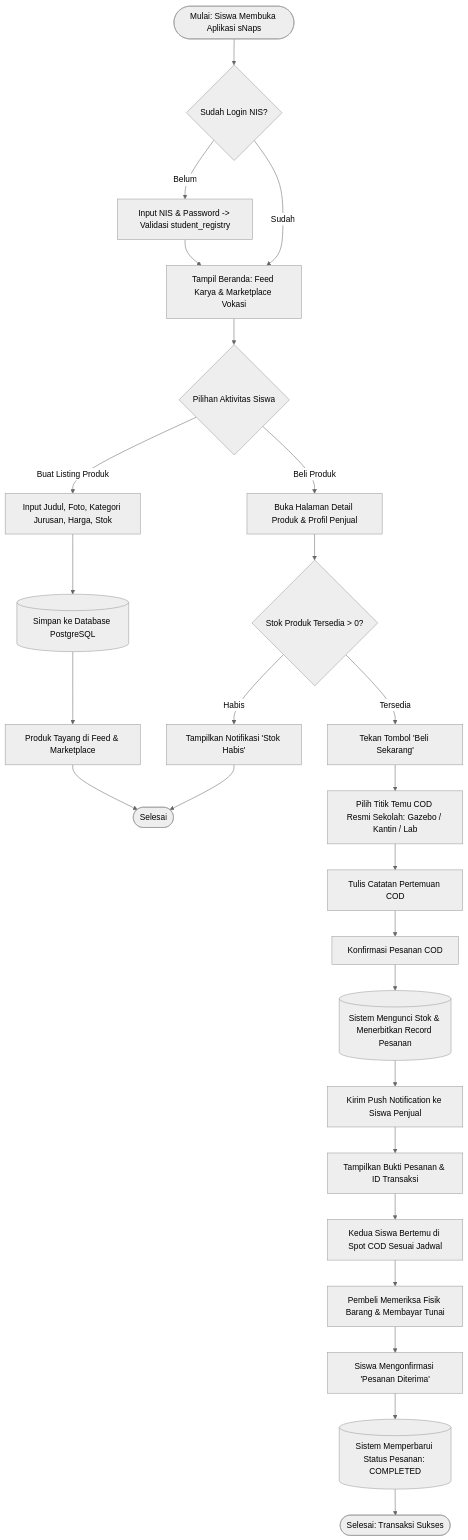
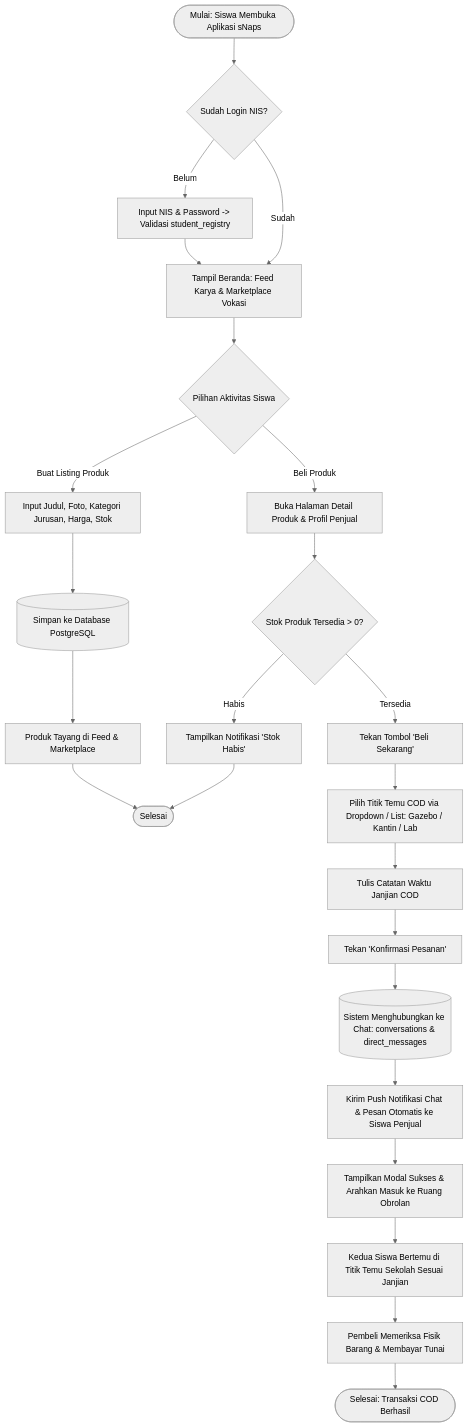
The second of 11 diagrams in docs/bab3/BAB_III_PERANCANGAN_ARSITEKTUR_SISTEM.md (HelloRayy/snaps), drawn with Mermaid (neutral theme) before and after one commit. The commit also changed other lines of this file and 4 other files, not shown here.

Commit message:
docs(bab3): align flowchart and DFD with direct message COD coordination and dropdown spots

````diff
--- a/docs/bab3/BAB_III_PERANCANGAN_ARSITEKTUR_SISTEM.md
+++ b/docs/bab3/BAB_III_PERANCANGAN_ARSITEKTUR_SISTEM.md
@@ -47,34 +47,32 @@
 ```mermaid
 flowchart TD
     Start([Mulai: Siswa Membuka Aplikasi sNaps]) --> AuthCheck{Sudah Login NIS?}
     AuthCheck -- Belum --> LoginNIS[Input NIS & Password -> Validasi student_registry]
     LoginNIS --> FeedScreen[Tampil Beranda: Feed Karya & Marketplace Vokasi]
     AuthCheck -- Sudah --> FeedScreen
     
     FeedScreen --> ActionChoice{Pilihan Aktivitas Siswa}
     
     %% Alur Penjual
     ActionChoice -- Buat Listing Produk --> FormProduct[Input Judul, Foto, Kategori Jurusan, Harga, Stok]
     FormProduct --> SaveDB[(Simpan ke Database PostgreSQL)]
     SaveDB --> PostPublished[Produk Tayang di Feed & Marketplace] --> EndWait([Selesai])
     
     %% Alur Pembeli
     ActionChoice -- Beli Produk --> ViewDetail[Buka Halaman Detail Produk & Profil Penjual]
     ViewDetail --> CheckStock{Stok Produk Tersedia > 0?}
     CheckStock -- Habis --> AlertEmpty[Tampilkan Notifikasi 'Stok Habis'] --> EndWait
     CheckStock -- Tersedia --> TapCheckout[Tekan Tombol 'Beli Sekarang']
     
-    TapCheckout --> SelectMeetingPoint[Pilih Titik Temu COD Resmi Sekolah: Gazebo / Kantin / Lab]
-    SelectMeetingPoint --> InputNotes[Tulis Catatan Pertemuan COD]
-    InputNotes --> ConfirmOrder[Konfirmasi Pesanan COD]
+    TapCheckout --> SelectMeetingPoint[Pilih Titik Temu COD via Dropdown / List: Gazebo / Kantin / Lab]
+    SelectMeetingPoint --> InputNotes[Tulis Catatan Waktu Janjian COD]
+    InputNotes --> ConfirmOrder[Tekan 'Konfirmasi Pesanan']
     
-    ConfirmOrder --> SystemProcess[(Sistem Mengunci Stok & Menerbitkan Record Pesanan)]
-    SystemProcess --> SendPushNotif[Kirim Push Notification ke Siswa Penjual]
-    SendPushNotif --> OrderSuccessModal[Tampilkan Bukti Pesanan & ID Transaksi]
+    ConfirmOrder --> SystemProcess[(Sistem Menghubungkan ke Chat: conversations & direct_messages)]
+    SystemProcess --> SendPushNotif[Kirim Push Notifikasi Chat & Pesan Otomatis ke Siswa Penjual]
+    SendPushNotif --> OrderSuccessModal[Tampilkan Modal Sukses & Arahkan Masuk ke Ruang Obrolan]
     
-    OrderSuccessModal --> MeetCOD[Kedua Siswa Bertemu di Spot COD Sesuai Jadwal]
+    OrderSuccessModal --> MeetCOD[Kedua Siswa Bertemu di Titik Temu Sekolah Sesuai Janjian]
     MeetCOD --> InspectItem[Pembeli Memeriksa Fisik Barang & Membayar Tunai]
-    InspectItem --> ConfirmCompletion[Siswa Mengonfirmasi 'Pesanan Diterima']
-    ConfirmCompletion --> AutoDeductStock[(Sistem Memperbarui Status Pesanan: COMPLETED)]
-    AutoDeductStock --> Finish([Selesai: Transaksi Sukses])
+    InspectItem --> Finish([Selesai: Transaksi COD Berhasil])
 ```
````
